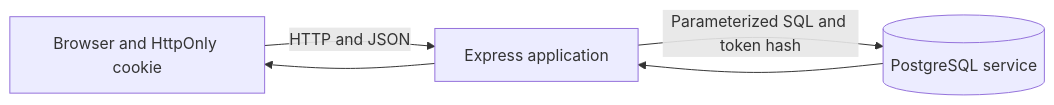
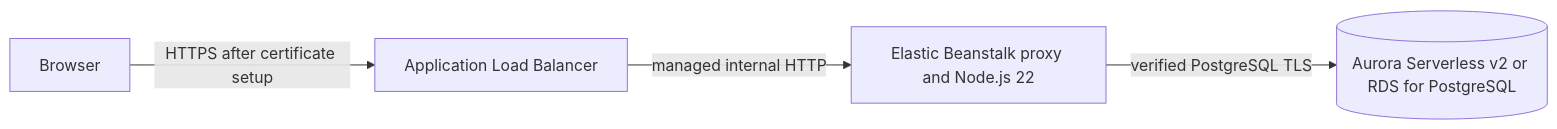
One commit to byumerrill/is404-cougarcalc changed the diagram in docs/README.md. Above: the diagram before and after it, drawn with Mermaid. The commit also changed other lines of this file and 29 other files, not shown here.

````diff
--- a/docs/README.md
+++ b/docs/README.md
@@ -7,7 +9,6 @@
 ```mermaid
 flowchart LR
-    B[Browser and HttpOnly cookie] -->|HTTP and JSON| A[Express application]
-    A -->|Parameterized SQL and token hash| P[(PostgreSQL service)]
-    P --> A
-    A --> B
+    B[Browser] -->|HTTPS after certificate setup| ALB[Application Load Balancer]
+    ALB -->|managed internal HTTP| E[Elastic Beanstalk proxy and Node.js 22]
+    E -->|verified PostgreSQL TLS| R[(Aurora Serverless v2 or RDS for PostgreSQL)]
 ```
````
